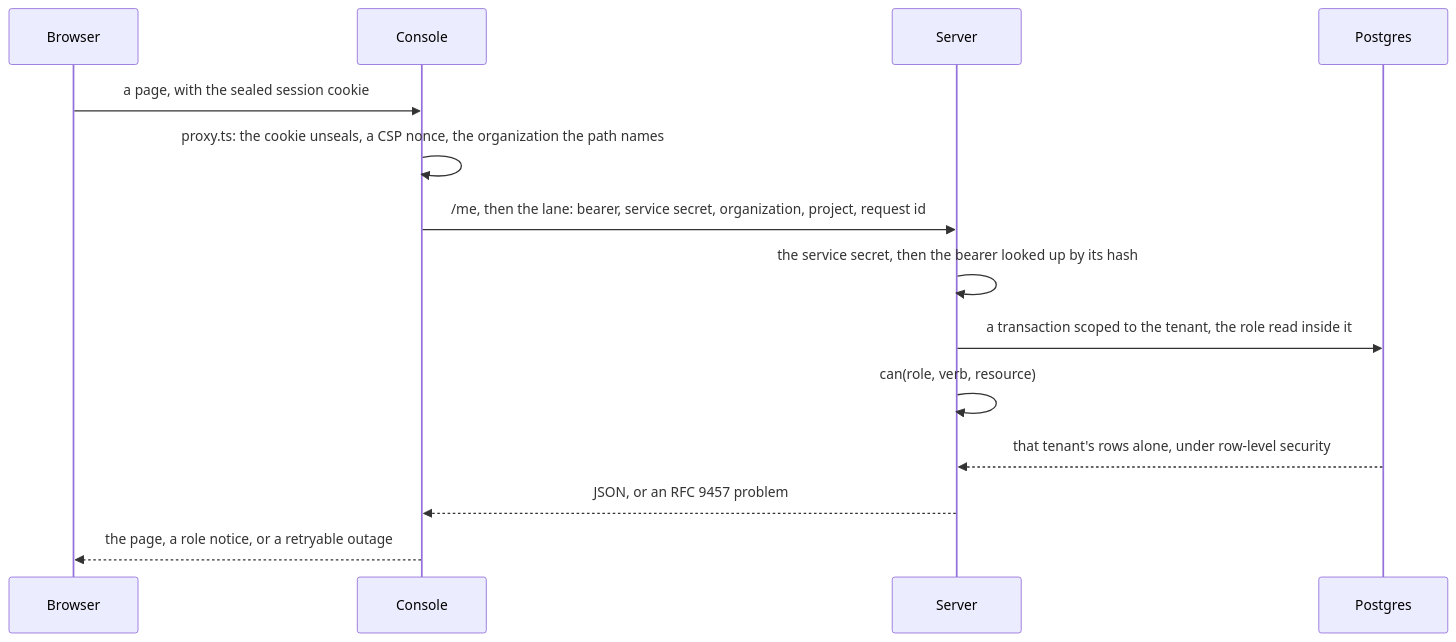
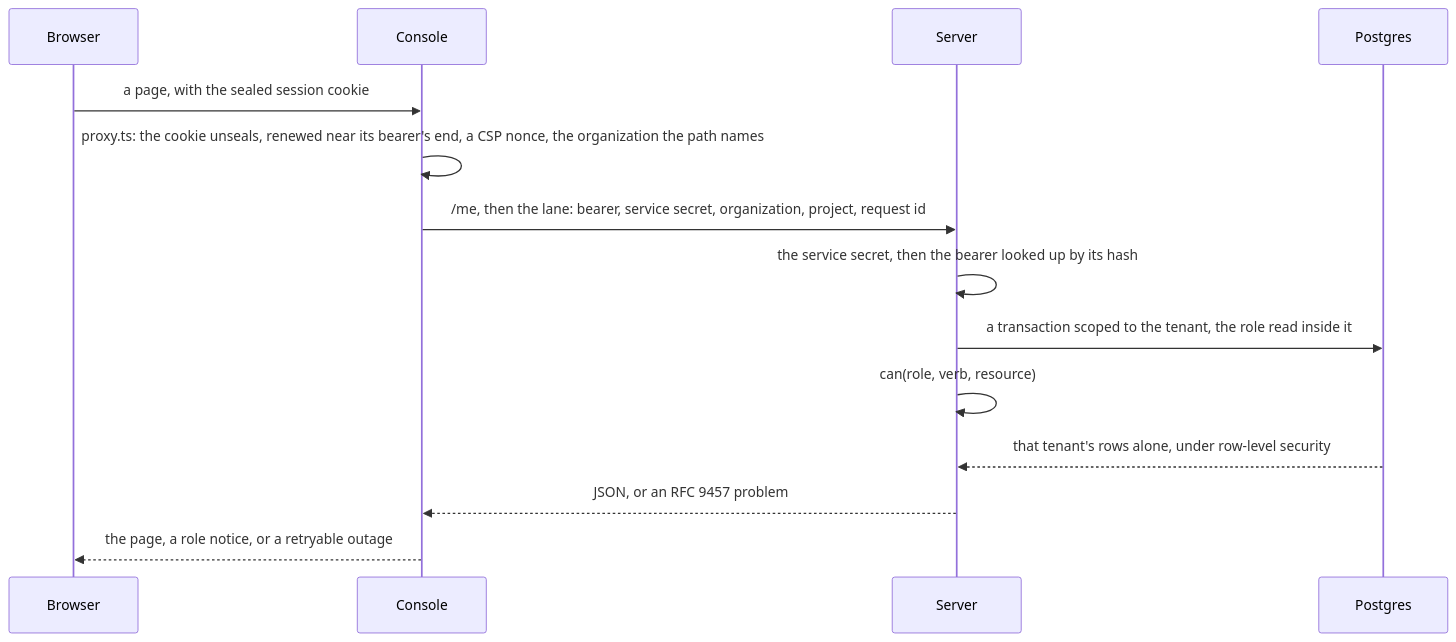
The third of 5 diagrams in ARCHITECTURE.md (telmoni/telmoni), drawn with Mermaid before and after one commit. The commit also changed other lines of this file and 14 other files, not shown here.

First line of the commit message:
fix: renew a session only where its cookie can be written

````diff
--- a/ARCHITECTURE.md
+++ b/ARCHITECTURE.md
@@ -164,16 +164,16 @@
 ```mermaid
 sequenceDiagram
   participant B as Browser
   participant C as Console
   participant S as Server
   participant P as Postgres
   B->>C: a page, with the sealed session cookie
-  C->>C: proxy.ts: the cookie unseals, a CSP nonce, the organization the path names
+  C->>C: proxy.ts: the cookie unseals, renewed near its bearer's end, a CSP nonce, the organization the path names
   C->>S: /me, then the lane: bearer, service secret, organization, project, request id
   S->>S: the service secret, then the bearer looked up by its hash
   S->>P: a transaction scoped to the tenant, the role read inside it
   S->>S: can(role, verb, resource)
   P-->>S: that tenant's rows alone, under row-level security
   S-->>C: JSON, or an RFC 9457 problem
   C-->>B: the page, a role notice, or a retryable outage
 ```
````
